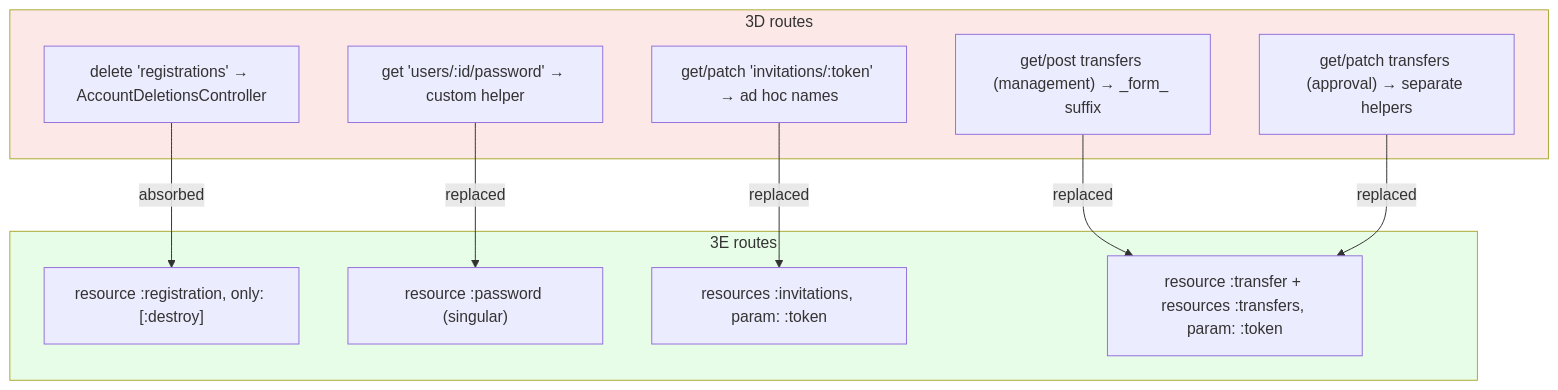
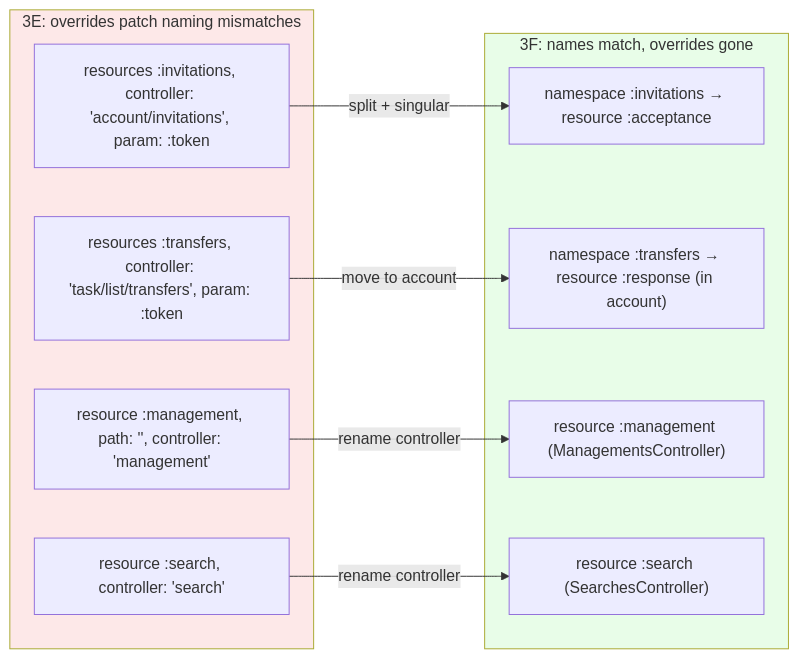
One commit to railswhey/app changed the second of 3 diagrams in README.md. Above: the diagram before and after it, drawn with Mermaid. The commit also changed other lines of this file and 33 other files, not shown here.

Commit message:
3F: Removing routing overrides through domain-aligned naming

````diff
--- a/README.md
+++ b/README.md
@@ -153,26 +185,24 @@
 ```mermaid
-flowchart TD
-  subgraph Before["3D routes"]
-    RAW1["delete 'registrations' → AccountDeletionsController"]
-    RAW2["get 'users/:id/password' → custom helper"]
-    RAW3["get/patch 'invitations/:token' → ad hoc names"]
-    RAW4["get/post transfers (management) → _form_ suffix"]
-    RAW5["get/patch transfers (approval) → separate helpers"]
+flowchart LR
+  subgraph Before["3E: overrides patch naming mismatches"]
+    R1["resources :invitations, controller: 'account/invitations', param: :token"]
+    R2["resources :transfers, controller: 'task/list/transfers', param: :token"]
+    R3["resource :management, path: '', controller: 'management'"]
+    R4["resource :search, controller: 'search'"]
   end
 
-  subgraph After["3E routes"]
-    DSL1["resource :registration, only: [:destroy]"]
-    DSL2["resource :password (singular)"]
-    DSL3["resources :invitations, param: :token"]
-    DSL4["resource :transfer + resources :transfers, param: :token"]
+  subgraph After["3F: names match, overrides gone"]
+    D1["namespace :invitations → resource :acceptance"]
+    D2["namespace :transfers → resource :response (in account)"]
+    D3["resource :management (ManagementsController)"]
+    D4["resource :search (SearchesController)"]
   end
 
-  RAW1 -->|"absorbed"| DSL1
-  RAW2 -->|"replaced"| DSL2
-  RAW3 -->|"replaced"| DSL3
-  RAW4 -->|"replaced"| DSL4
-  RAW5 -->|"replaced"| DSL4
+  R1 -->|"split + singular"| D1
+  R2 -->|"move to account"| D2
+  R3 -->|"rename controller"| D3
+  R4 -->|"rename controller"| D4
 
   style Before fill:#fde8e8
   style After fill:#e8fde8
 ```
````
